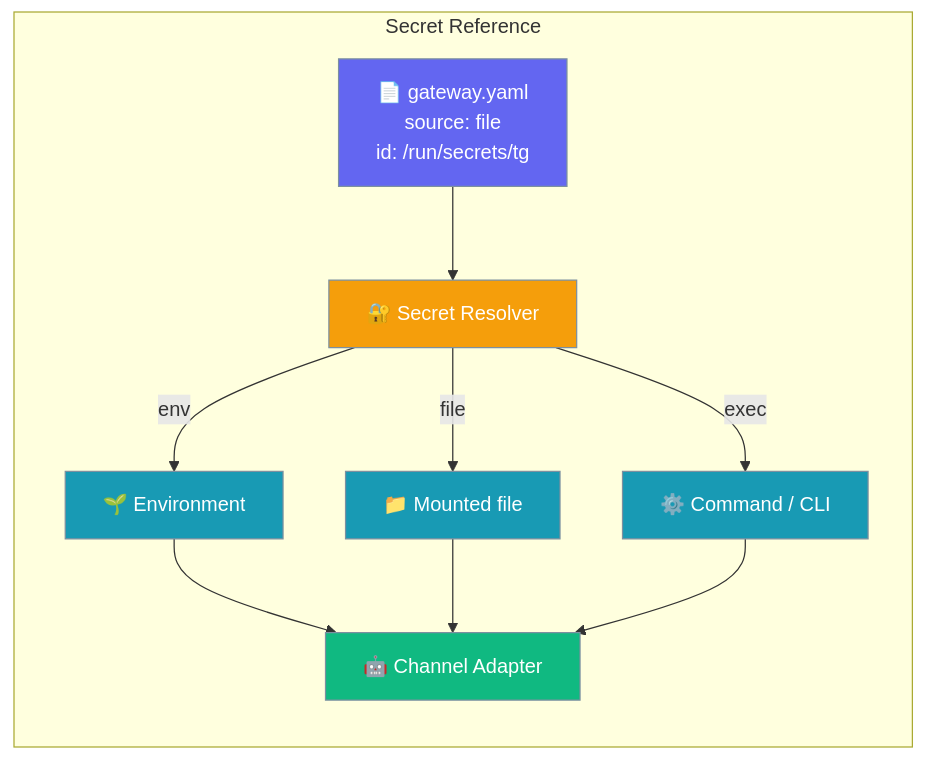
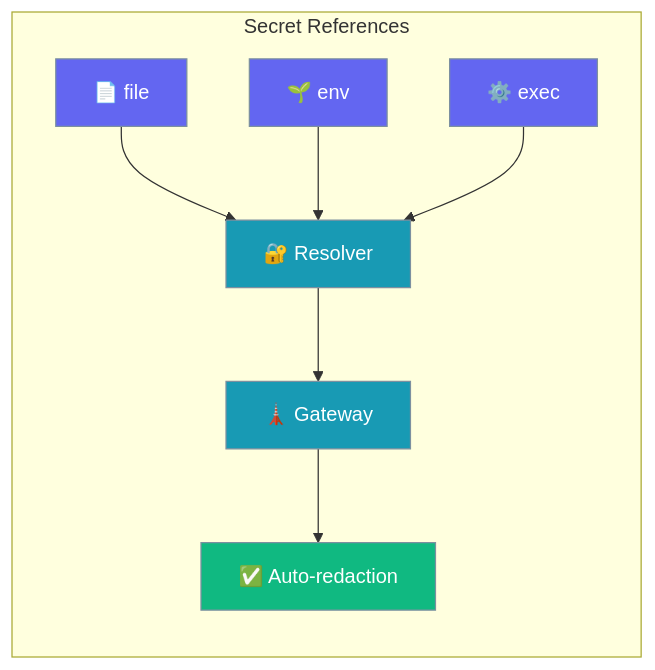
One commit to MervinPraison/PraisonAIDocs changed the first of 3 diagrams in docs/features/gateway-secret-references.mdx. Above: the diagram before and after it, drawn with Mermaid. The commit also changed other lines of this file and 6 other files, not shown here.

Commit message:
docs: document gateway secret references for credentials (fixes #2062)

````diff
--- a/docs/features/gateway-secret-references.mdx
+++ b/docs/features/gateway-secret-references.mdx
@@ -10,22 +10,18 @@
 ```mermaid
 graph LR
-    subgraph "Secret Reference"
-        Cfg[📄 gateway.yaml<br/>source: file<br/>id: /run/secrets/tg] --> Resolver[🔐 Secret Resolver]
-        Resolver -->|env| Env[🌱 Environment]
-        Resolver -->|file| File[📁 Mounted file]
-        Resolver -->|exec| Exec[⚙️ Command / CLI]
-        Env --> Adapter[🤖 Channel Adapter]
-        File --> Adapter
-        Exec --> Adapter
+    subgraph "Secret References"
+        File[📄 file] --> Resolver[🔐 Resolver]
+        Env[🌱 env] --> Resolver
+        Exec[⚙️ exec] --> Resolver
+        Resolver --> Gateway[🗼 Gateway]
+        Gateway --> Redact[✅ Auto-redaction]
     end
 
     classDef input fill:#6366F1,stroke:#7C90A0,color:#fff
-    classDef process fill:#F59E0B,stroke:#7C90A0,color:#fff
-    classDef source fill:#189AB4,stroke:#7C90A0,color:#fff
+    classDef process fill:#189AB4,stroke:#7C90A0,color:#fff
     classDef output fill:#10B981,stroke:#7C90A0,color:#fff
 
-    class Cfg input
-    class Resolver process
-    class Env,File,Exec source
-    class Adapter output
+    class File,Env,Exec input
+    class Resolver,Gateway process
+    class Redact output
 ```
````
